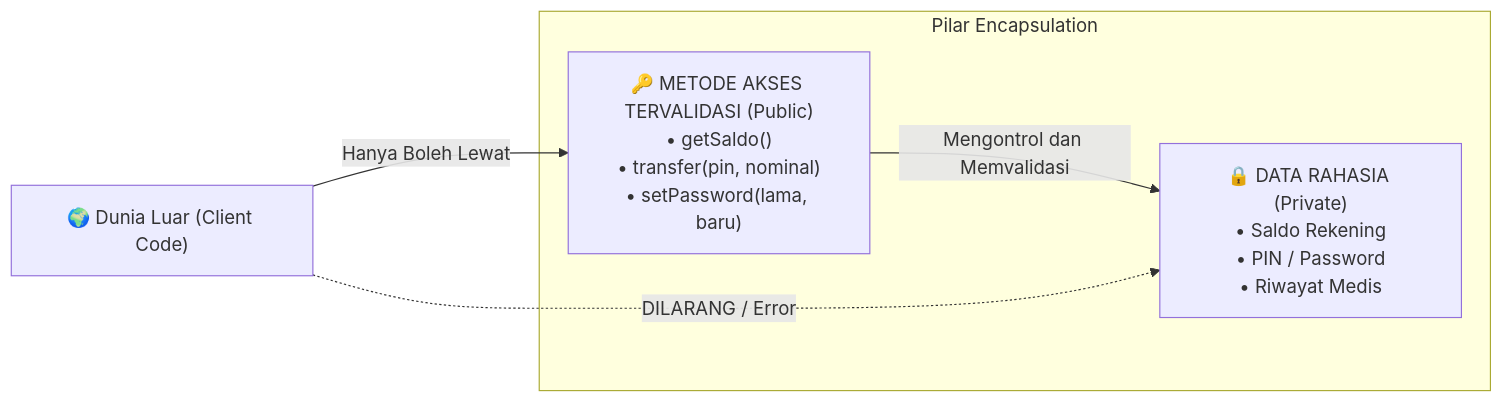
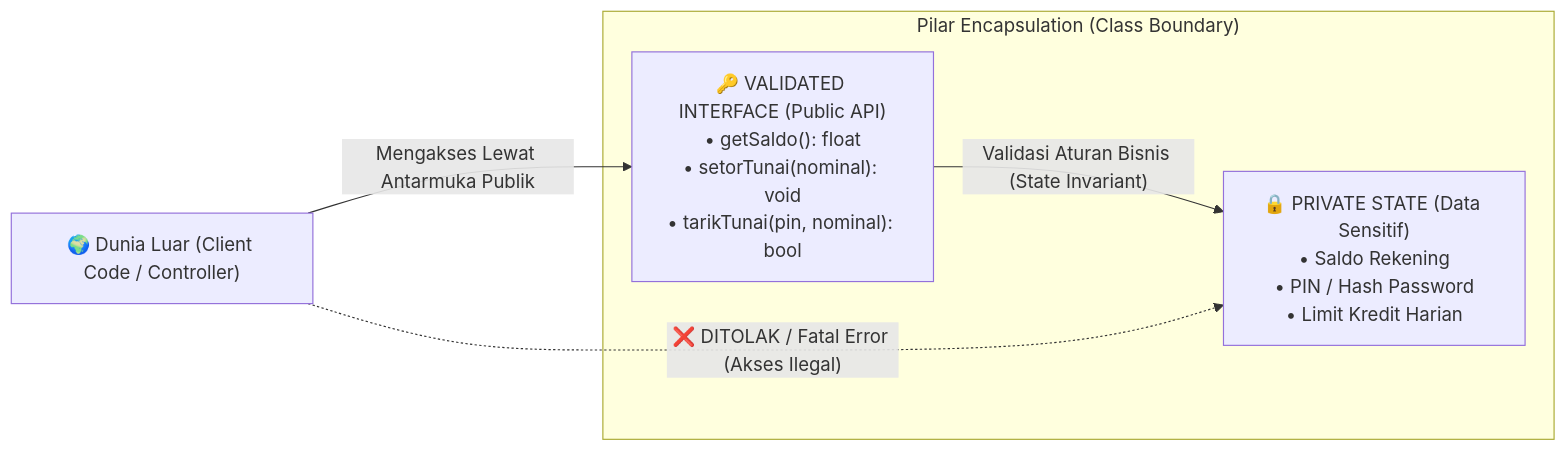
One commit to mahendaruui/Perkuliahan changed the diagram in docs/pemrograman-oop-php/encapsulation.md. Above: the diagram before and after it, drawn with Mermaid. The commit also changed other lines of this file and 3 other files, not shown here.

````diff
--- a/docs/pemrograman-oop-php/encapsulation.md
+++ b/docs/pemrograman-oop-php/encapsulation.md
@@ -18,11 +19,11 @@
 ```mermaid
 flowchart LR
-    subgraph Kapsul ["Pilar Encapsulation"]
-        PrivateData["🔒 DATA RAHASIA (Private)<br>• Saldo Rekening<br>• PIN / Password<br>• Riwayat Medis"]
-        PublicMethod["🔑 METODE AKSES TERVALIDASI (Public)<br>• getSaldo()<br>• transfer(pin, nominal)<br>• setPassword(lama, baru)"]
-        PublicMethod -->|"Mengontrol dan Memvalidasi"| PrivateData
+    subgraph Kapsul ["Pilar Encapsulation (Class Boundary)"]
+        PrivateData["🔒 PRIVATE STATE (Data Sensitif)<br>• Saldo Rekening<br>• PIN / Hash Password<br>• Limit Kredit Harian"]
+        PublicMethod["🔑 VALIDATED INTERFACE (Public API)<br>• getSaldo(): float<br>• setorTunai(nominal): void<br>• tarikTunai(pin, nominal): bool"]
+        PublicMethod -->|"Validasi Aturan Bisnis (State Invariant)"| PrivateData
     end
 
-    Luar["🌍 Dunia Luar (Client Code)"] -->|"Hanya Boleh Lewat"| PublicMethod
-    Luar -.->|"DILARANG / Error"| PrivateData
+    Luar["🌍 Dunia Luar (Client Code / Controller)"] -->|"Mengakses Lewat Antarmuka Publik"| PublicMethod
+    Luar -.->|"❌ DITOLAK / Fatal Error (Akses Ilegal)"| PrivateData
 ```
````
